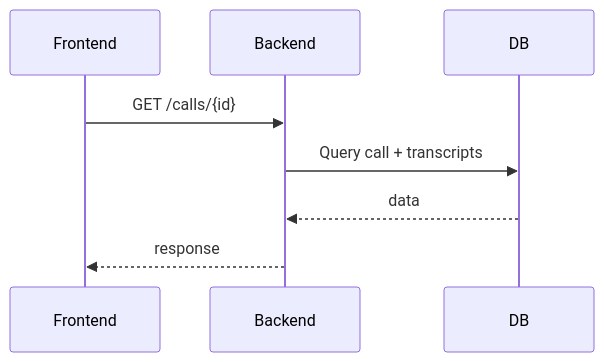
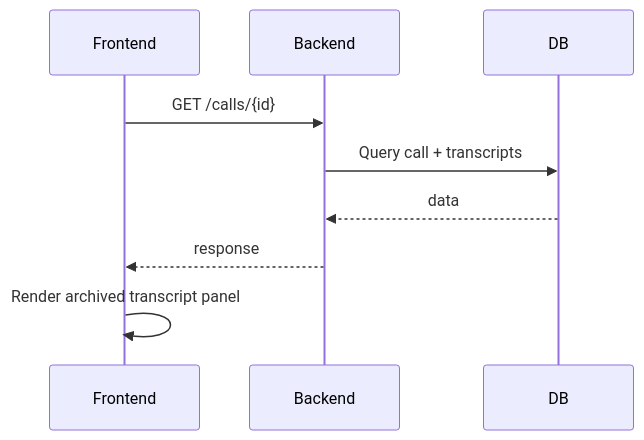
Before and after one commit to OceanStar88/Sagent: the eighth of 15 diagrams in docs/7__Sequence-Interaction-Design.md, drawn with Mermaid. The commit also changed other lines of this file and 181 other files, not shown here.

````diff
--- a/docs/7__Sequence-Interaction-Design.md
+++ b/docs/7__Sequence-Interaction-Design.md
@@ -189,11 +196,12 @@
 ```mermaid
 sequenceDiagram
     participant Frontend
     participant Backend
     participant DB
 
     Frontend->>Backend: GET /calls/{id}
     Backend->>DB: Query call + transcripts
     DB-->>Backend: data
     Backend-->>Frontend: response
+    Frontend->>Frontend: Render archived transcript panel
 ```
````
